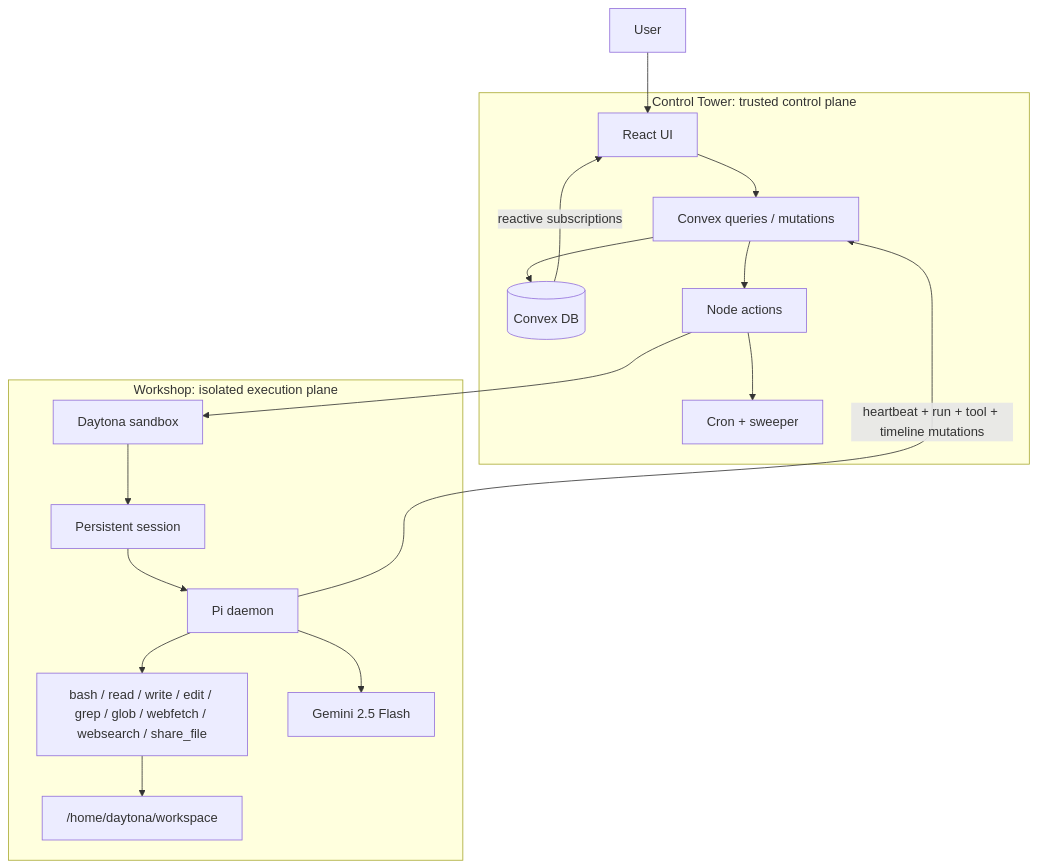
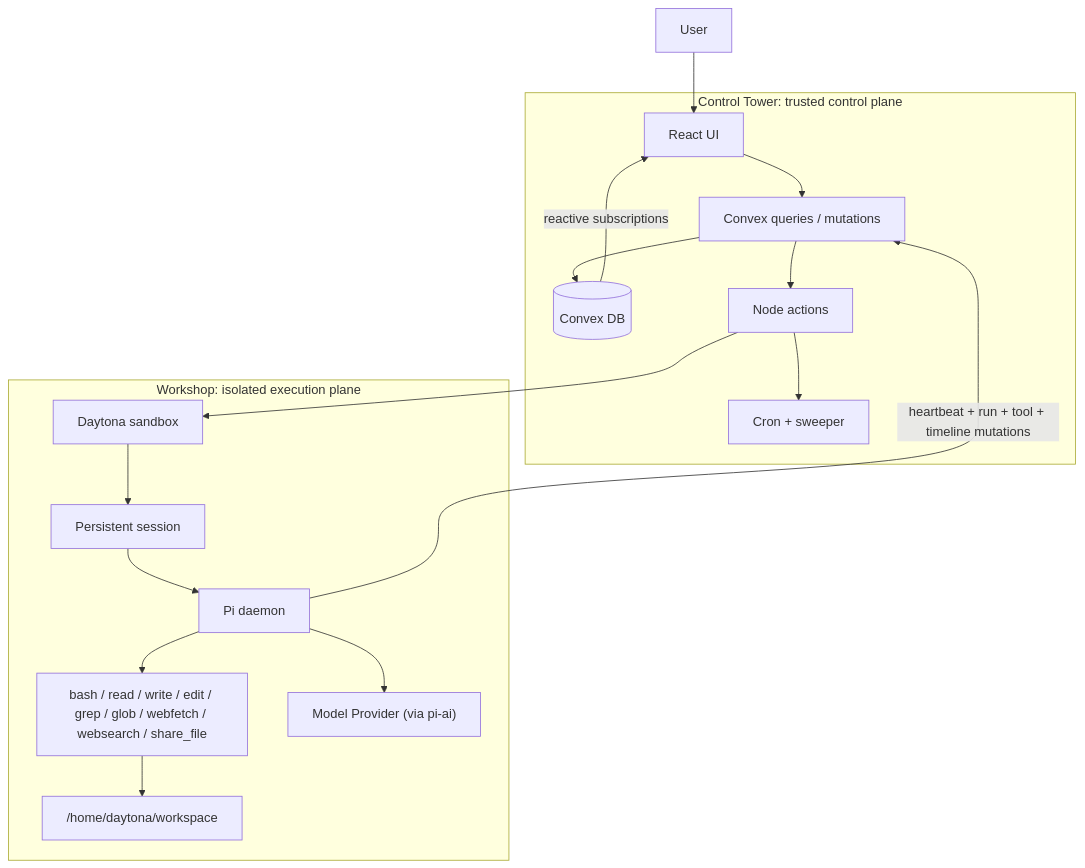
One commit to AN-SWAPNIL/AgenticAI-Assignment changed the first of 7 diagrams in README.md. Above: the diagram before and after it, drawn with Mermaid. The commit also changed other lines of this file and 24 other files, not shown here.

````diff
--- a/README.md
+++ b/README.md
@@ -58,23 +73,23 @@
 ```mermaid
 flowchart TB
   USER["User"] --> UI["React UI"]
 
   subgraph CONTROL["Control Tower: trusted control plane"]
     UI --> CONVEX["Convex queries / mutations"]
     CONVEX --> DB[("Convex DB")]
     CONVEX --> ORCH["Node actions"]
     ORCH --> SWEEP["Cron + sweeper"]
   end
 
   subgraph EXEC["Workshop: isolated execution plane"]
     ORCH --> DAYTONA["Daytona sandbox"]
     DAYTONA --> SESSION["Persistent session"]
     SESSION --> DAEMON["Pi daemon"]
     DAEMON --> TOOLS["bash / read / write / edit / grep / glob / webfetch / websearch / share_file"]
     TOOLS --> WORKSPACE["/home/daytona/workspace"]
-    DAEMON --> GEMINI["Gemini 2.5 Flash"]
+    DAEMON --> LLM["Model Provider (via pi-ai)"]
   end
 
   DAEMON -->|"heartbeat + run + tool + timeline mutations"| CONVEX
   DB -->|"reactive subscriptions"| UI
 ```
````
